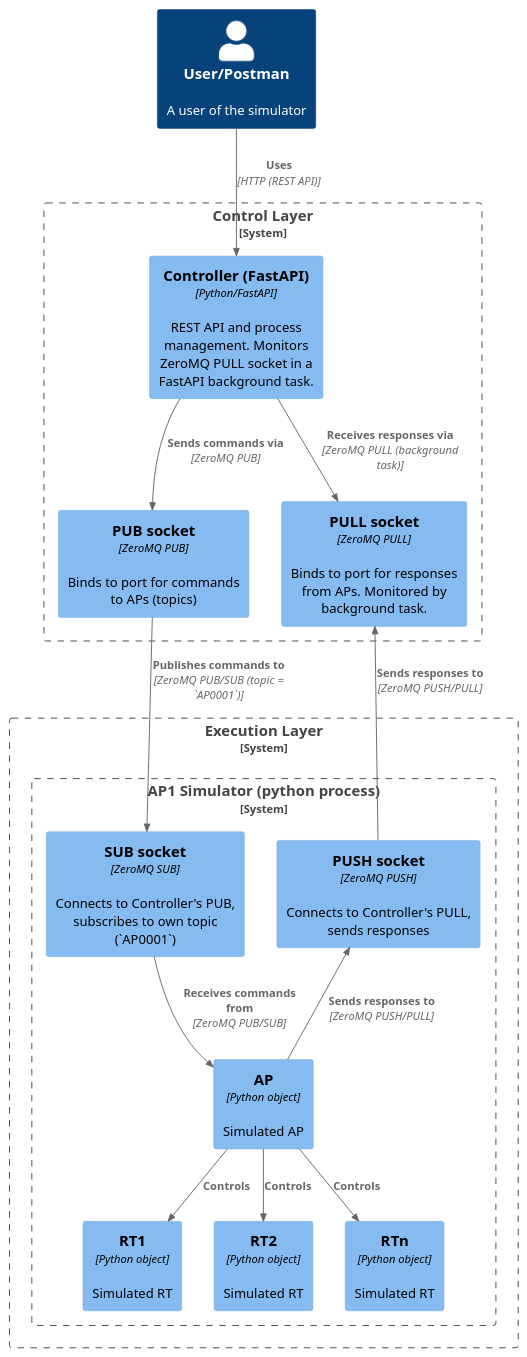
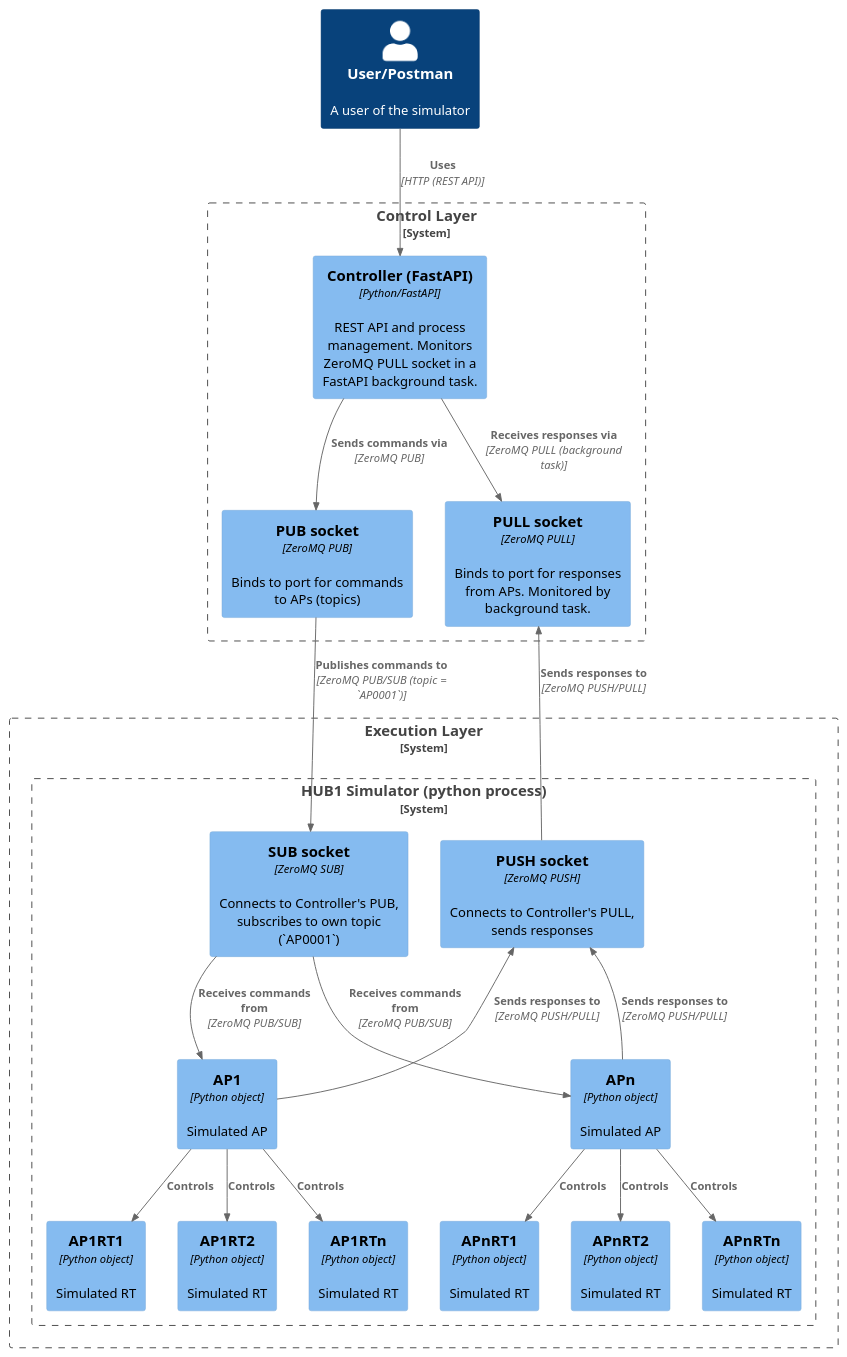
One commit to jonathan-cbng/sim_poc changed the diagram in docs/architecture.puml. Above: the diagram before and after it, drawn with PlantUML. The commit also changed 2 other files, not shown here.

Commit message:
feat: Update architecture to show that workers are created at the hub level

```diff
--- a/docs/architecture.puml
+++ b/docs/architecture.puml
@@ -1,36 +1,45 @@
 @startuml C4_Elements
 !include https://raw.githubusercontent.com/plantuml-stdlib/C4-PlantUML/master/C4_Component.puml
 
 Person(user, "User/Postman", "A user of the simulator")
 
 System_Boundary(ctrl, "Control Layer") {
     Component(controller, "Controller (FastAPI)", "Python/FastAPI", "REST API and process management. Monitors ZeroMQ PULL socket in a FastAPI background task.")
     Component(pub_socket, "PUB socket", "ZeroMQ PUB", "Binds to port for commands to APs (topics)")
     Component(pull_socket, "PULL socket", "ZeroMQ PULL", "Binds to port for responses from APs. Monitored by background task.")
 }
 
 System_Boundary(sim_layer, "Execution Layer") {
-    System_Boundary(ap_sys,"AP1 Simulator (python process)") {
-        Component(ap, "AP", "Python object", "Simulated AP")
-        Component(rt1, "RT1", "Python object", "Simulated RT")
-        Component(rt2, "RT2", "Python object", "Simulated RT")
-        Component(rtn, "RTn", "Python object", "Simulated RT")
+    System_Boundary(hub_sys,"HUB1 Simulator (python process)","Up to 32 APs, each with up to 64 RTs") {
+        Component(ap1, "AP1", "Python object", "Simulated AP")
+        Component(ap1rt1, "AP1RT1", "Python object", "Simulated RT")
+        Component(ap1rt2, "AP1RT2", "Python object", "Simulated RT")
+        Component(ap1rtn, "AP1RTn", "Python object", "Simulated RT")
+        Component(ap2, "APn", "Python object", "Simulated AP")
+        Component(ap2rt1, "APnRT1", "Python object", "Simulated RT")
+        Component(ap2rt2, "APnRT2", "Python object", "Simulated RT")
+        Component(ap2rtn, "APnRTn", "Python object", "Simulated RT")
         Component(sub_socket, "SUB socket", "ZeroMQ SUB", "Connects to Controller's PUB, subscribes to own topic (`AP0001`)")
         Component(push_socket, "PUSH socket", "ZeroMQ PUSH", "Connects to Controller's PULL, sends responses")
     }
 }
 
 
 Rel(user, controller, "Uses", "HTTP (REST API)")
 Rel(controller, pub_socket, "Sends commands via", "ZeroMQ PUB")
 Rel(controller, pull_socket, "Receives responses via", "ZeroMQ PULL (background task)")
 Rel(pub_socket, sub_socket, "Publishes commands to", "ZeroMQ PUB/SUB (topic = `AP0001`)")
 Rel(push_socket, pull_socket, "Sends responses to", "ZeroMQ PUSH/PULL")
-Rel(ap, rt1, "Controls")
-Rel(ap, rt2, "Controls")
-Rel(ap, rtn, "Controls")
-Rel(sub_socket,ap, "Receives commands from", "ZeroMQ PUB/SUB")
-Rel_U(ap, push_socket, "Sends responses to", "ZeroMQ PUSH/PULL")
+Rel(ap1, ap1rt1, "Controls")
+Rel(ap1, ap1rt2, "Controls")
+Rel(ap1, ap1rtn, "Controls")
+Rel(sub_socket,ap1, "Receives commands from", "ZeroMQ PUB/SUB")
+Rel_U(ap1, push_socket, "Sends responses to", "ZeroMQ PUSH/PULL")
+Rel(ap2, ap2rt1, "Controls")
+Rel(ap2, ap2rt2, "Controls")
+Rel(ap2, ap2rtn, "Controls")
+Rel(sub_socket,ap2, "Receives commands from", "ZeroMQ PUB/SUB")
+Rel_U(ap2, push_socket, "Sends responses to", "ZeroMQ PUSH/PULL")
 HIDE_STEREOTYPE()
 
 @enduml
```
